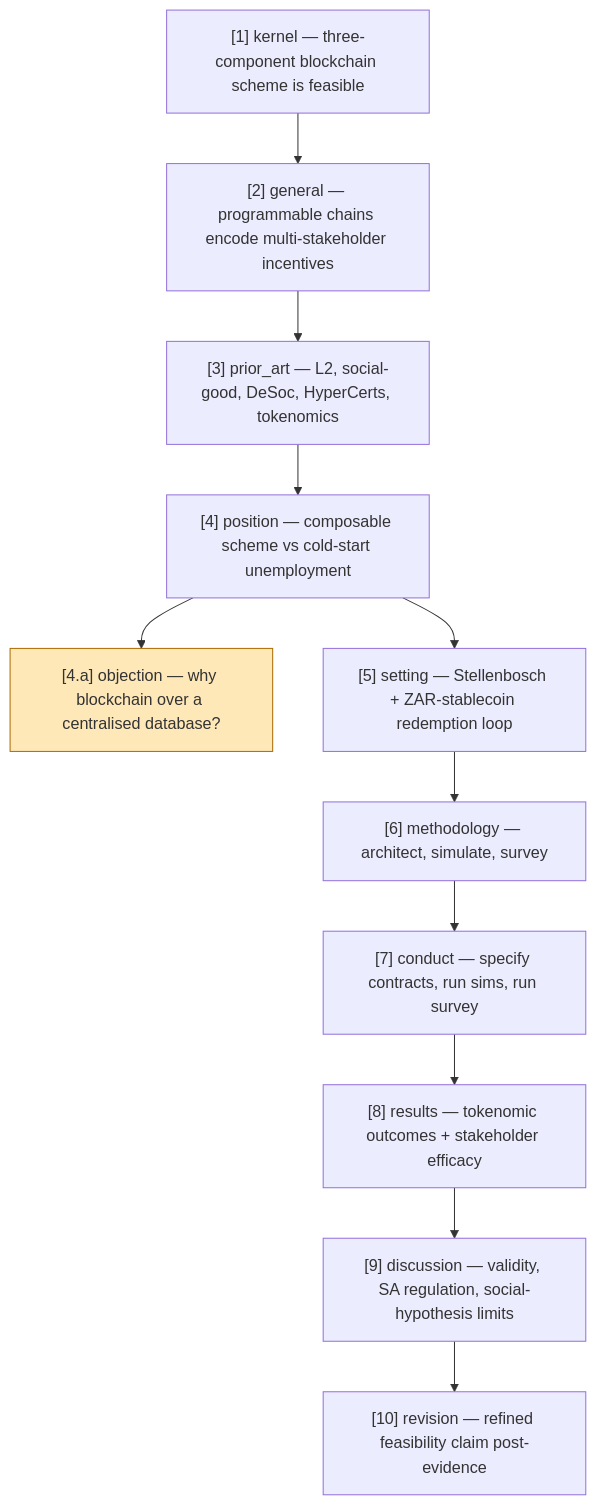
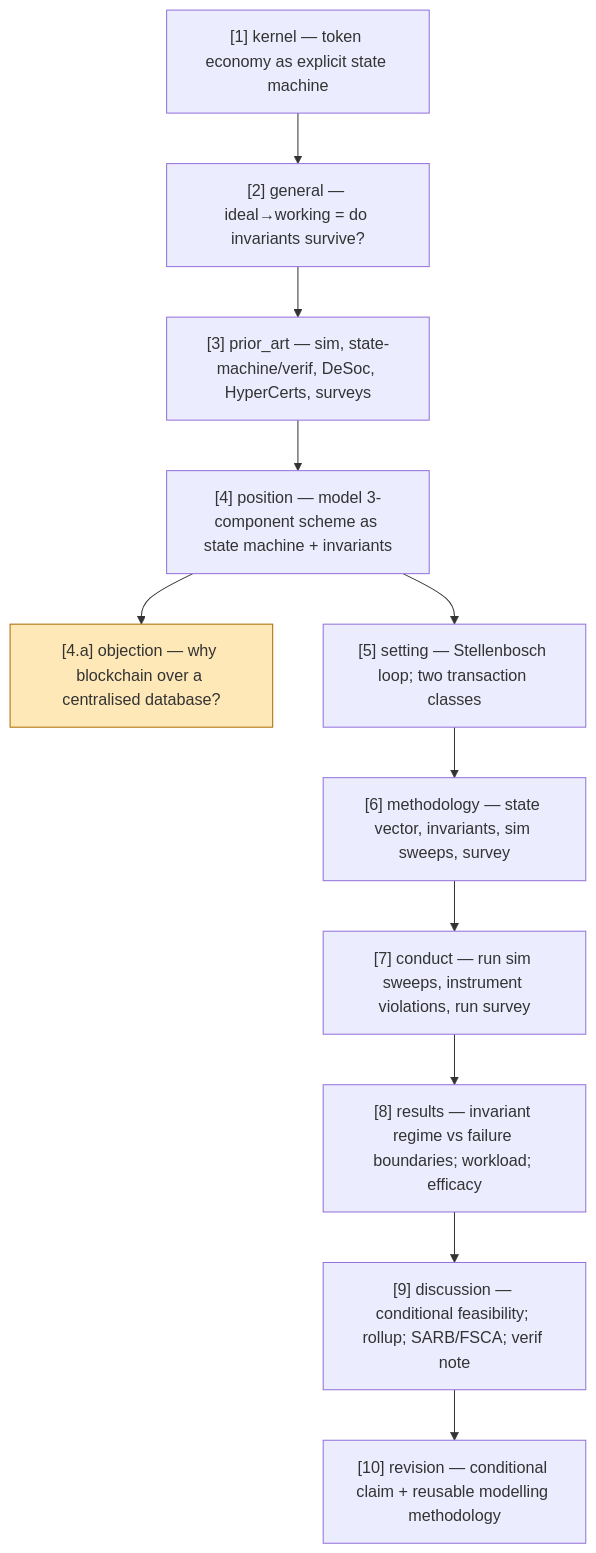
One commit to tomschdev/tokenomics changed the diagram in msc/paper-paths/blockchain-upskilling-labour.md. Above: the diagram before and after it, drawn with Mermaid. The commit also changed other lines of this file and 1 other file, not shown here.

````diff
--- a/msc/paper-paths/blockchain-upskilling-labour.md
+++ b/msc/paper-paths/blockchain-upskilling-labour.md
@@ -27,17 +27,17 @@
 ```mermaid
 graph TD
-  N1["[1] kernel — three-component blockchain scheme is feasible"]
-  N2["[2] general — programmable chains encode multi-stakeholder incentives"]
-  N3["[3] prior_art — L2, social-good, DeSoc, HyperCerts, tokenomics"]
-  N4["[4] position — composable scheme vs cold-start unemployment"]
+  N1["[1] kernel — token economy as explicit state machine"]
+  N2["[2] general — ideal→working = do invariants survive?"]
+  N3["[3] prior_art — sim, state-machine/verif, DeSoc, HyperCerts, surveys"]
+  N4["[4] position — model 3-component scheme as state machine + invariants"]
   N4a["[4.a] objection — why blockchain over a centralised database?"]:::branch
-  N5["[5] setting — Stellenbosch + ZAR-stablecoin redemption loop"]
-  N6["[6] methodology — architect, simulate, survey"]
-  N7["[7] conduct — specify contracts, run sims, run survey"]
-  N8["[8] results — tokenomic outcomes + stakeholder efficacy"]
-  N9["[9] discussion — validity, SA regulation, social-hypothesis limits"]
-  N10["[10] revision — refined feasibility claim post-evidence"]
+  N5["[5] setting — Stellenbosch loop; two transaction classes"]
+  N6["[6] methodology — state vector, invariants, sim sweeps, survey"]
+  N7["[7] conduct — run sim sweeps, instrument violations, run survey"]
+  N8["[8] results — invariant regime vs failure boundaries; workload; efficacy"]
+  N9["[9] discussion — conditional feasibility; rollup; SARB/FSCA; verif note"]
+  N10["[10] revision — conditional claim + reusable modelling methodology"]
   N1 --> N2 --> N3 --> N4 --> N5 --> N6 --> N7 --> N8 --> N9 --> N10
   N4 --> N4a
   classDef branch fill:#ffe8b8,stroke:#aa6b00;
 ```
````
